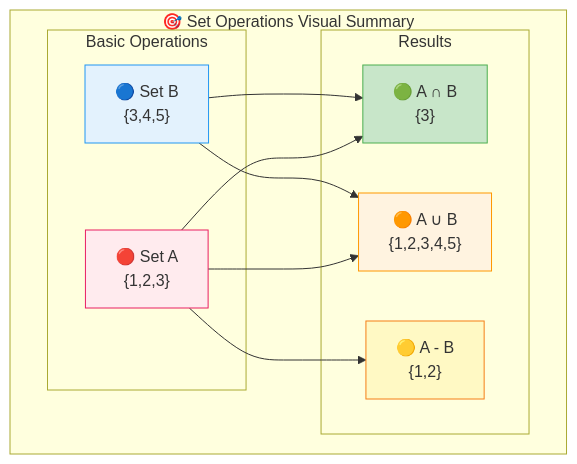
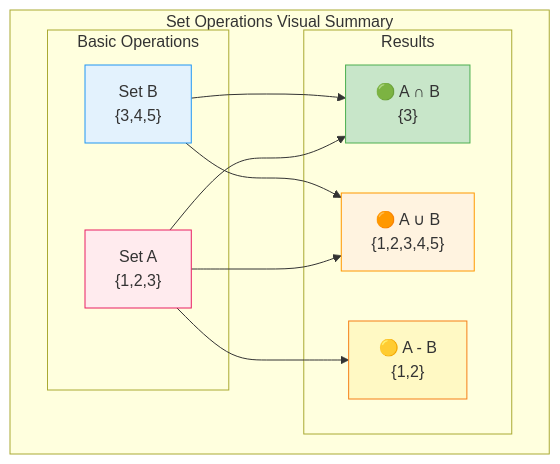
Before and after one commit to PanagopoulosNikolaos/DitOpenNotes: the fifth of 6 diagrams in Year_1/Semester_2/DISCREET_MATHEMATICS/Lectures/2_Operations & Venn Diagrams.md, drawn with Mermaid. The commit also changed other lines of this file and 24 other files, not shown here.

````diff
--- a/Year_1/Semester_2/DISCREET_MATHEMATICS/Lectures/2_Operations & Venn Diagrams.md
+++ b/Year_1/Semester_2/DISCREET_MATHEMATICS/Lectures/2_Operations & Venn Diagrams.md
@@ -130,28 +130,28 @@
 ```mermaid
 graph TD
-    subgraph Summary ["🎯 Set Operations Visual Summary"]
+    subgraph Summary [" Set Operations Visual Summary"]
         subgraph Row1 ["Basic Operations"]
-            A1["🔴 Set A<br/>{1,2,3}"]
-            B1["🔵 Set B<br/>{3,4,5}"]
+            A1[" Set A<br/>{1,2,3}"]
+            B1[" Set B<br/>{3,4,5}"]
         end
         
         subgraph Row2 ["Results"]
             Int["🟢 A ∩ B<br/>{3}"]
             Union["🟠 A ∪ B<br/>{1,2,3,4,5}"]
             Diff["🟡 A - B<br/>{1,2}"]
         end
     end
     
     A1 --> Int
     B1 --> Int
     A1 --> Union
     B1 --> Union
     A1 --> Diff
     
     style A1 fill:#ffebee,stroke:#e91e63
     style B1 fill:#e3f2fd,stroke:#2196f3
     style Int fill:#c8e6c9,stroke:#4caf50
     style Union fill:#fff3e0,stroke:#ff9800
     style Diff fill:#fff9c4,stroke:#f57f17
 
 ```
````
